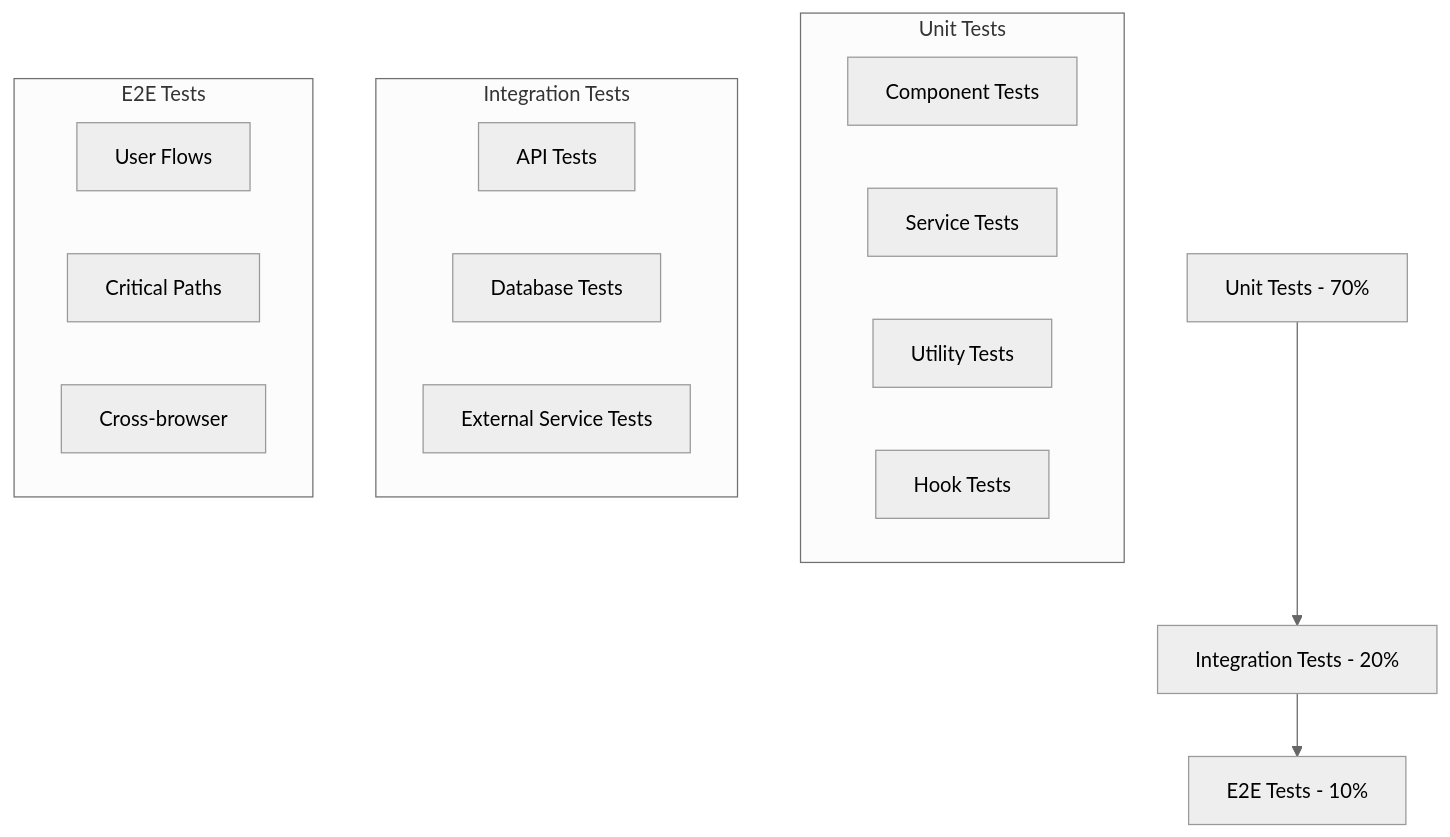
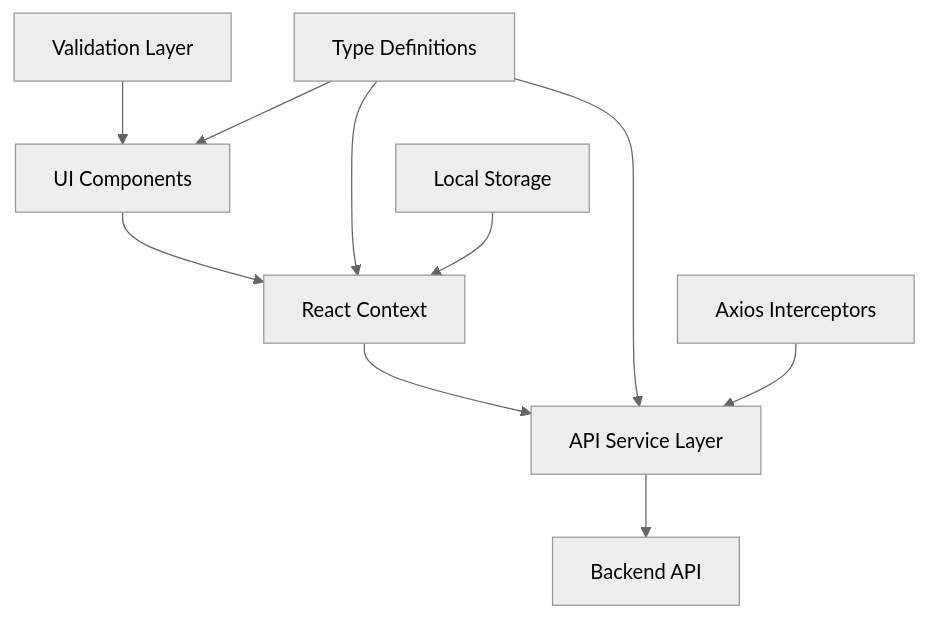
The diagram in .kiro/specs/platform-enhancement/design.md (FeexSystems/FeexSystems-20Labs), drawn with Mermaid (neutral theme) before and after one commit. The commit also changed other lines of this file and 98 other files, not shown here.

````diff
--- a/.kiro/specs/platform-enhancement/design.md
+++ b/.kiro/specs/platform-enhancement/design.md
@@ -484,24 +11,14 @@
 ```mermaid
 graph TB
-    A[Unit Tests - 70%] --> B[Integration Tests - 20%]
-    B --> C[E2E Tests - 10%]
+    A[UI Components] --> B[React Context]
+    B --> C[API Service Layer]
+    C --> D[Backend API]
     
-    subgraph "Unit Tests"
-        D[Component Tests]
-        E[Service Tests]
-        F[Utility Tests]
-        G[Hook Tests]
-    end
+    E[Validation Layer] --> A
+    F[Type Definitions] --> A
+    F --> B
+    F --> C
     
-    subgraph "Integration Tests"
-        H[API Tests]
-        I[Database Tests]
-        J[External Service Tests]
-    end
-    
-    subgraph "E2E Tests"
-        K[User Flows]
-        L[Critical Paths]
-        M[Cross-browser]
-    end
+    G[Local Storage] --> B
+    H[Axios Interceptors] --> C
 ```
````
